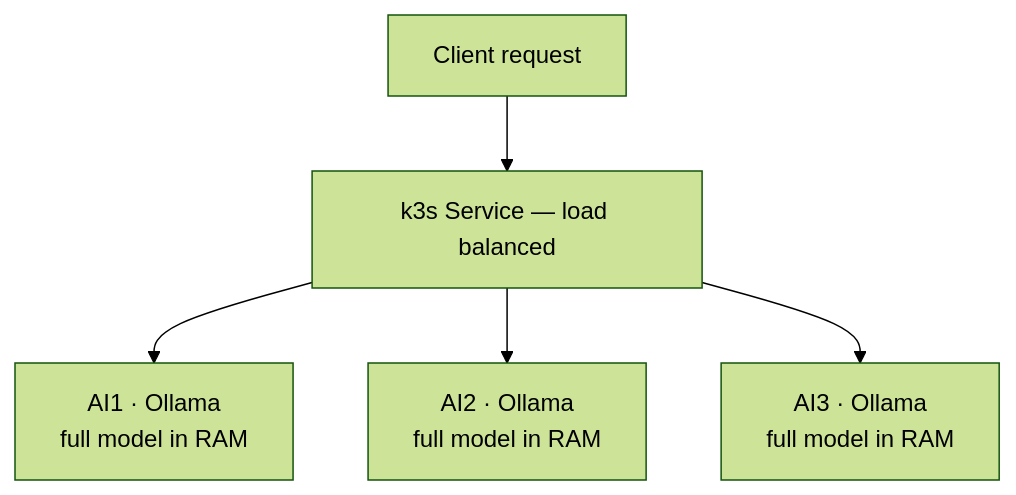
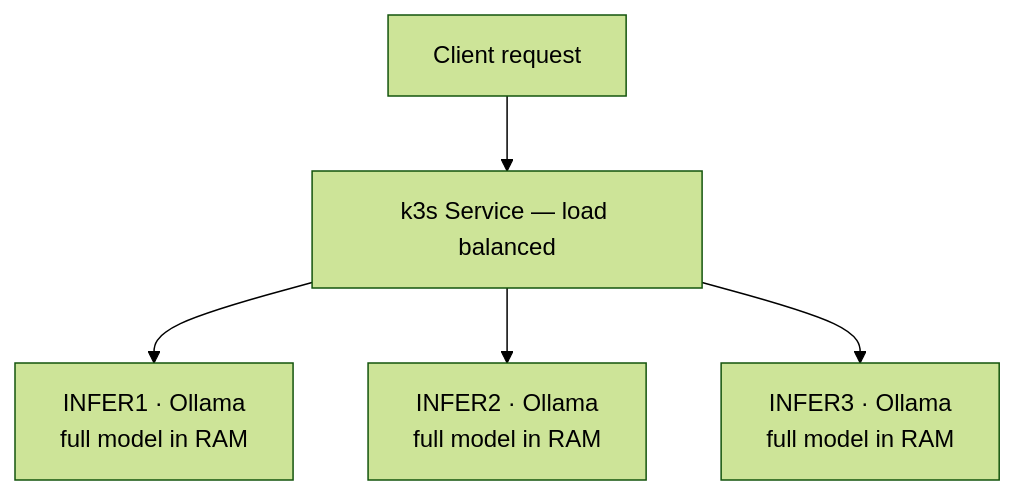
Before and after one commit to 24Skater/the-everyday-homelab: the second of 2 diagrams in README.md, drawn with Mermaid (forest theme). The commit also changed other lines of this file and 9 other files, not shown here.

````diff
--- a/README.md
+++ b/README.md
@@ -222,7 +222,7 @@
 ```mermaid
 flowchart TB
   C["Client request"] --> S["k3s Service — load balanced"]
-  S --> A1["AI1 · Ollama<br/>full model in RAM"]
-  S --> A2["AI2 · Ollama<br/>full model in RAM"]
-  S --> A3["AI3 · Ollama<br/>full model in RAM"]
+  S --> A1["INFER1 · Ollama<br/>full model in RAM"]
+  S --> A2["INFER2 · Ollama<br/>full model in RAM"]
+  S --> A3["INFER3 · Ollama<br/>full model in RAM"]
 ```
````
